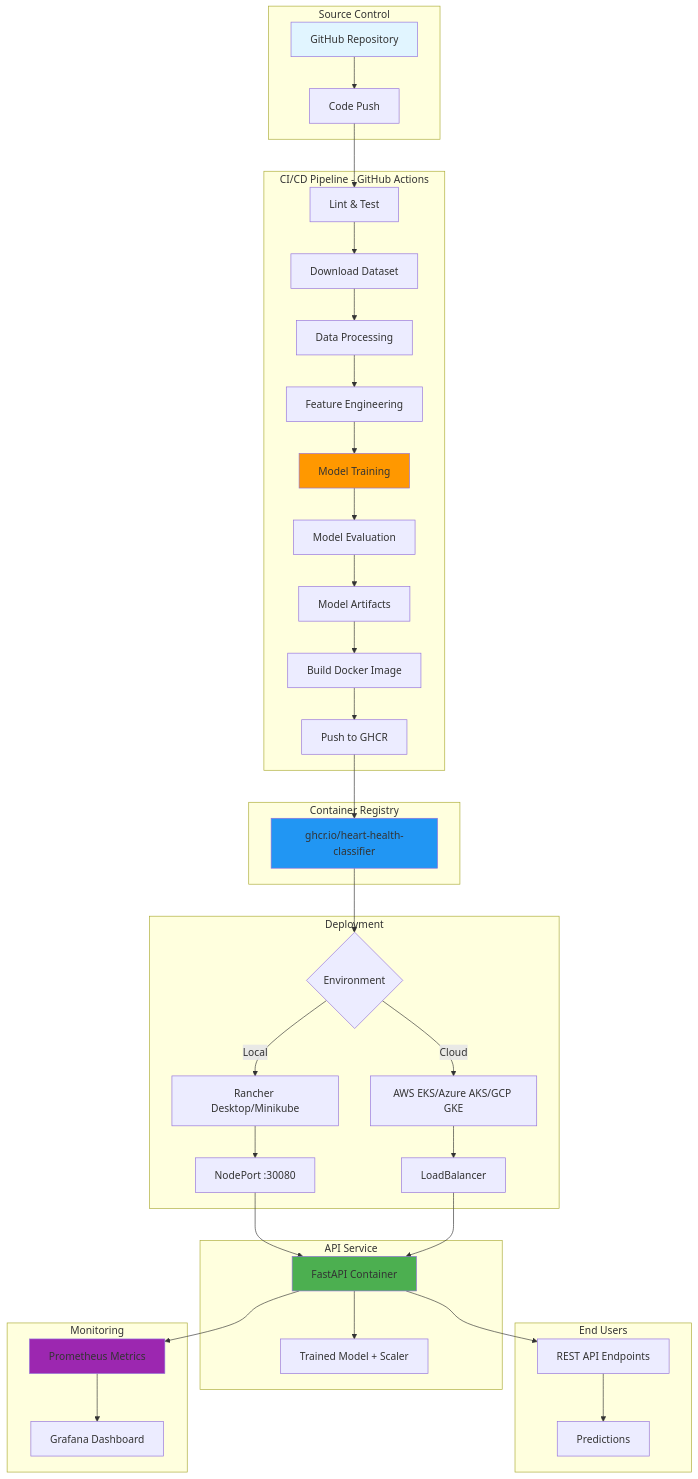
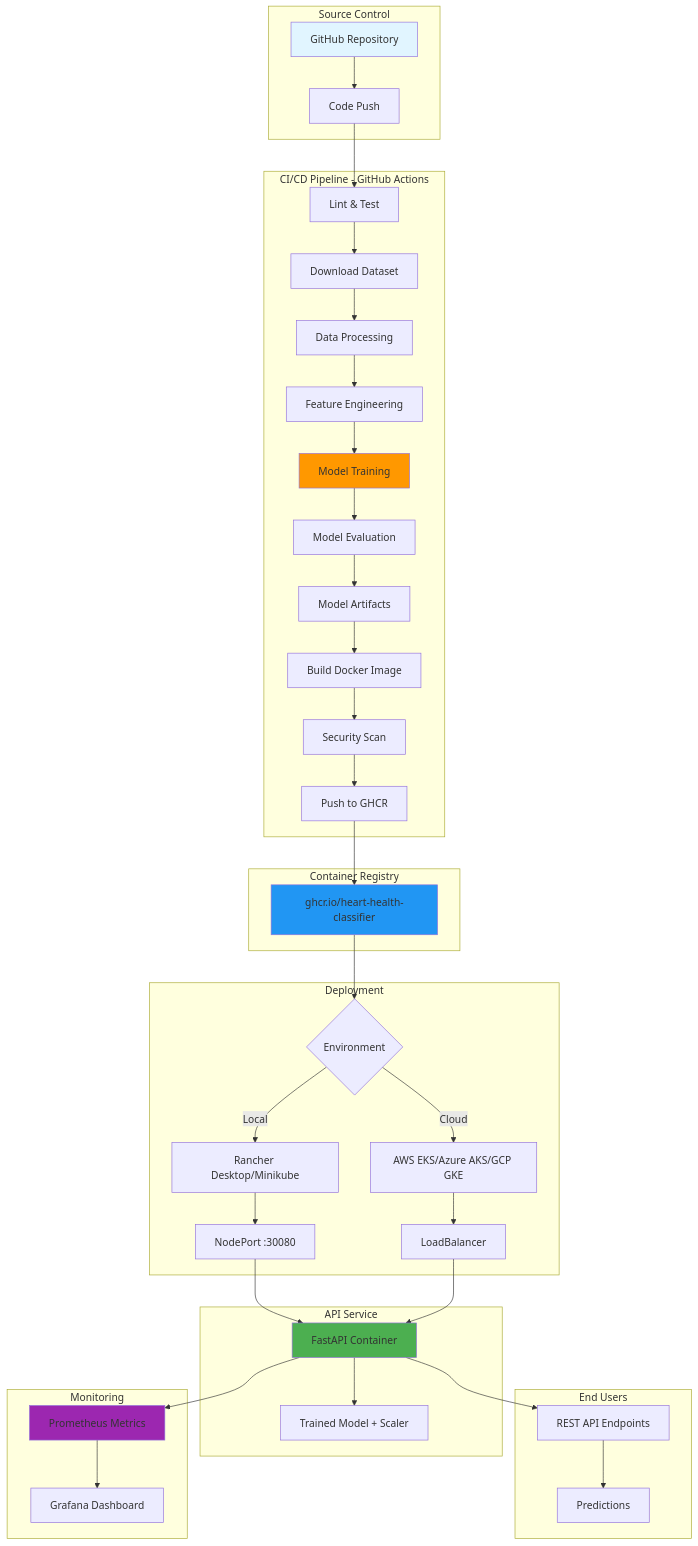
The first of 5 diagrams in README.md (2024ac05841-design/heart-health-classifier), drawn with Mermaid before and after one commit. The commit also changed other lines of this file and 3 other files, not shown here.

First line of the commit message:
Enhance CI/CD security: Push Docker images only after security scan

````diff
--- a/README.md
+++ b/README.md
@@ -48,52 +48,53 @@
 ```mermaid
 graph TB
     subgraph "Source Control"
         A[GitHub Repository] --> B[Code Push]
     end
     
     subgraph "CI/CD Pipeline - GitHub Actions"
         B --> C[Lint & Test]
         C --> D[Download Dataset]
         D --> E[Data Processing]
         E --> F[Feature Engineering]
         F --> G[Model Training]
         G --> H[Model Evaluation]
         H --> I[Model Artifacts]
         I --> J[Build Docker Image]
-        J --> K[Push to GHCR]
+        J --> JS[Security Scan]
+        JS --> K[Push to GHCR]
     end
     
     subgraph "Container Registry"
         K --> L[ghcr.io/heart-health-classifier]
     end
     
     subgraph "Deployment"
         L --> M{Environment}
         M -->|Local| N[Rancher Desktop/Minikube]
         M -->|Cloud| O[AWS EKS/Azure AKS/GCP GKE]
         N --> P[NodePort :30080]
         O --> Q[LoadBalancer]
     end
     
     subgraph "API Service"
         P --> R[FastAPI Container]
         Q --> R
         R --> S[Trained Model + Scaler]
     end
     
     subgraph "End Users"
         R --> T[REST API Endpoints]
         T --> U[Predictions]
     end
     
     subgraph "Monitoring"
         R --> V[Prometheus Metrics]
         V --> W[Grafana Dashboard]
     end
     
     style A fill:#e1f5ff
     style G fill:#ff9800
     style L fill:#2196f3
     style R fill:#4caf50
     style V fill:#9c27b0
 ```
````
